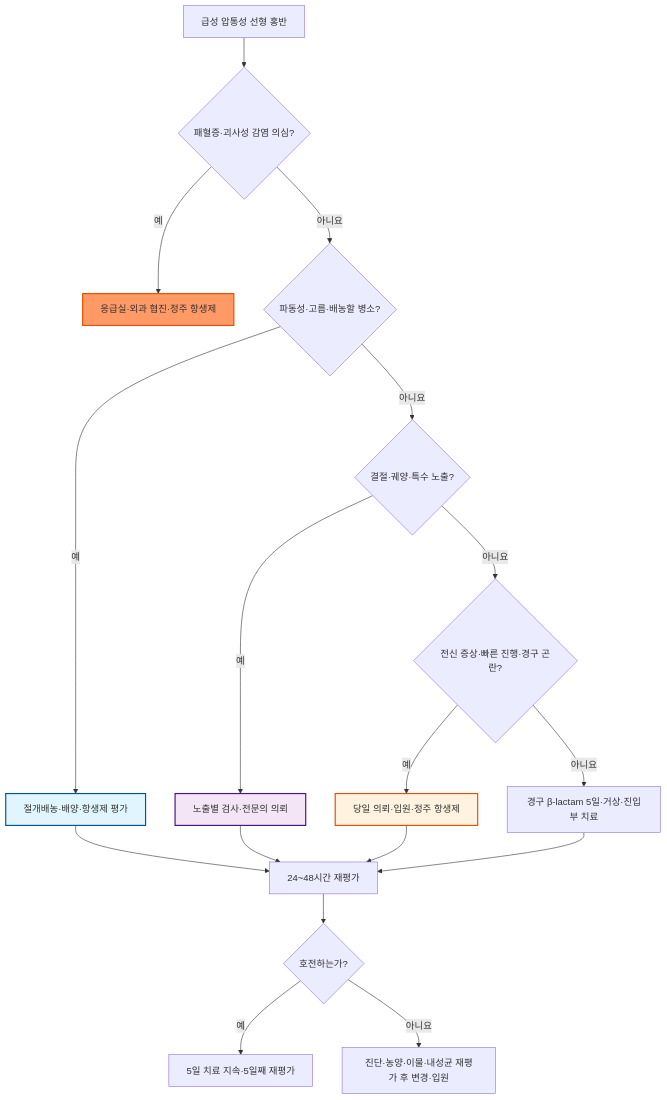
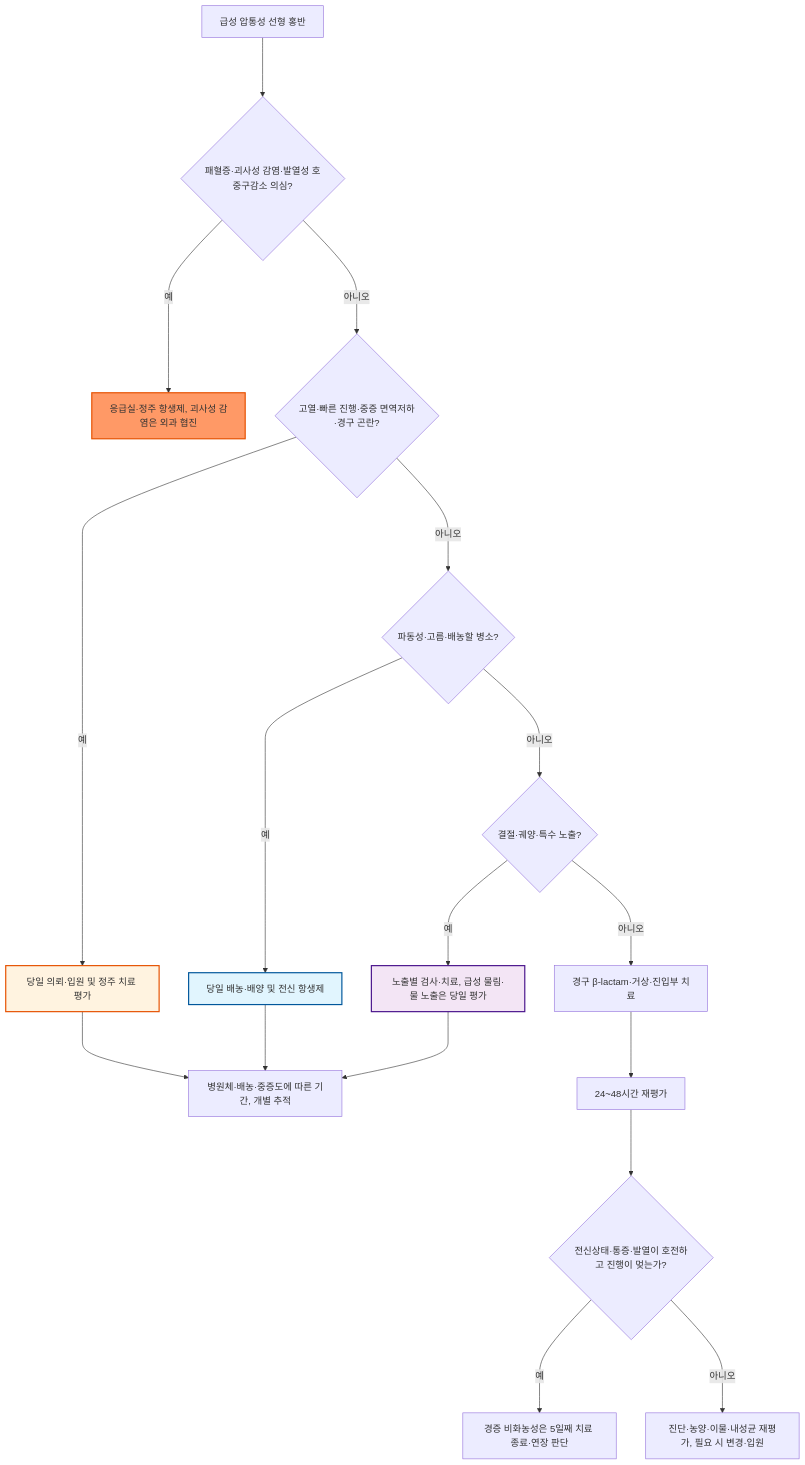
One commit to familyoh77/familyoh77 changed the diagram in 230_/201_-lymphangitis.md. Above: the diagram before and after it, drawn with Mermaid. The commit also changed other lines of this file and 11 other files, not shown here.

````diff
--- a/230_/201_-lymphangitis.md
+++ b/230_/201_-lymphangitis.md
@@ -97,23 +97,23 @@
 ```mermaid
 flowchart TD
-    A["급성 압통성 선형 홍반"] --> B{"패혈증·괴사성 감염 의심?"}
-    B -- 예 --> C["응급실·외과 협진·정주 항생제"]
-    B -- 아니요 --> D{"파동성·고름·배농할 병소?"}
-    D -- 예 --> E["절개배농·배양·항생제 평가"]
-    D -- 아니요 --> F{"결절·궤양·특수 노출?"}
-    F -- 예 --> G["노출별 검사·전문의 의뢰"]
-    F -- 아니요 --> H{"전신 증상·빠른 진행·경구 곤란?"}
-    H -- 예 --> I["당일 의뢰·입원·정주 항생제"]
-    H -- 아니요 --> J["경구 β-lactam 5일·거상·진입부 치료"]
-    E --> K[24~48시간 재평가]
-    G --> K
-    I --> K
-    J --> K
-    K --> L{호전하는가?}
-    L -- 예 --> M["5일 치료 지속·5일째 재평가"]
-    L -- 아니요 --> N["진단·농양·이물·내성균 재평가 후 변경·입원"]
+    A["급성 압통성 선형 홍반"] ---> B{"패혈증·괴사성 감염·발열성 호중구감소 의심?"}
+    B --->|예| C["응급실·정주 항생제, 괴사성 감염은 외과 협진"]
+    B --->|아니오| H{"고열·빠른 진행·중증 면역저하·경구 곤란?"}
+    H --->|예| I["당일 의뢰·입원 및 정주 치료 평가"]
+    H --->|아니오| D{"파동성·고름·배농할 병소?"}
+    D --->|예| E["당일 배농·배양 및 전신 항생제"]
+    D --->|아니오| F{"결절·궤양·특수 노출?"}
+    F --->|예| G["노출별 검사·치료, 급성 물림·물 노출은 당일 평가"]
+    F --->|아니오| J["경구 β-lactam·거상·진입부 치료"]
+    J ---> K["24~48시간 재평가"]
+    E ---> Q["병원체·배농·중증도에 따른 기간, 개별 추적"]
+    G ---> Q
+    I ---> Q
+    K ---> L{"전신상태·통증·발열이 호전하고 진행이 멎는가?"}
+    L --->|예| M["경증 비화농성은 5일째 치료 종료·연장 판단"]
+    L --->|아니오| N["진단·농양·이물·내성균 재평가, 필요 시 변경·입원"]
     style C fill:#f96,stroke:#e65100,stroke-width:2px
     style E fill:#e1f5fe,stroke:#01579b,stroke-width:2px
     style G fill:#f3e5f5,stroke:#4a148c,stroke-width:2px
     style I fill:#fff3e0,stroke:#e65100,stroke-width:2px
 ```
````
